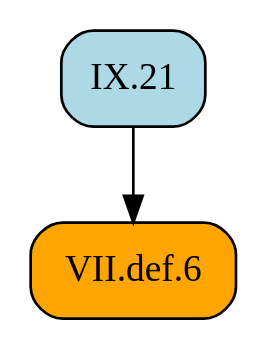
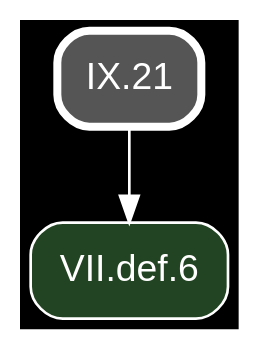
Before and after one commit to geometor/elements: the diagram in docsrc/heath/IX/21/index.rst, drawn with Graphviz. The commit also changed other lines of this file and 1200 other files, not shown here.

Commit message:
update dependency graphs

```diff
--- a/docsrc/heath/IX/21/index.rst
+++ b/docsrc/heath/IX/21/index.rst
@@ -28,9 +28,11 @@
 .. graphviz::
 
    digraph {
+     bgcolor="black";
+     node [shape=box, style="rounded,filled", fontname="Helvetica", color="white", fontcolor="white"];
+     edge [color="white", fontcolor="white"];
      rankdir="TB";
-     node [shape=box, style=rounded];
-     "VII.def.6" [style="rounded,filled", fillcolor=orange, URL="/heath/VII/def.6/", target="_top"];
-     "IX.21" [style="rounded,filled", fillcolor=lightblue, URL="/heath/IX/21/", target="_top"];
+     "IX.21" [penwidth=3, color="white", fillcolor="#555555", URL="/heath/IX/21/", target="_top"];
+     "VII.def.6" [fillcolor="#224422", URL="/heath/VII/def.6/", target="_top"];
      "IX.21" -> "VII.def.6";
    }
```
